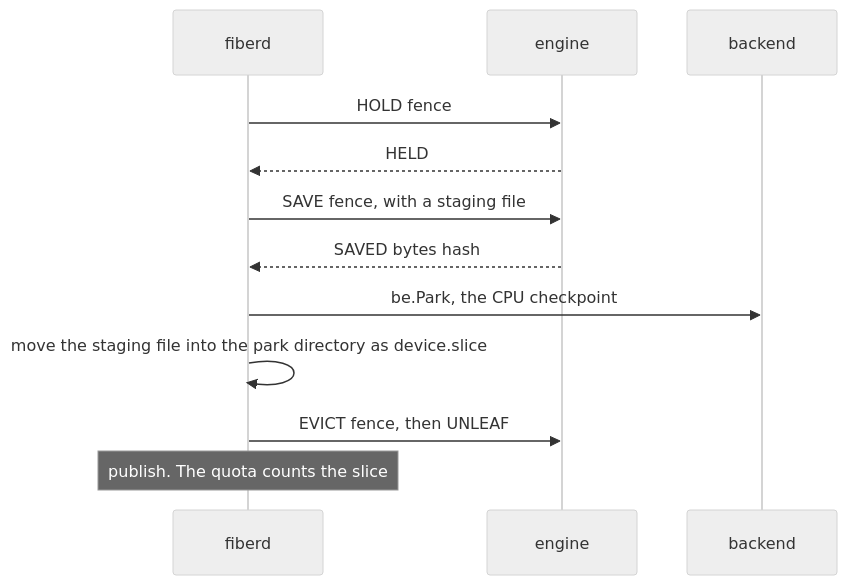
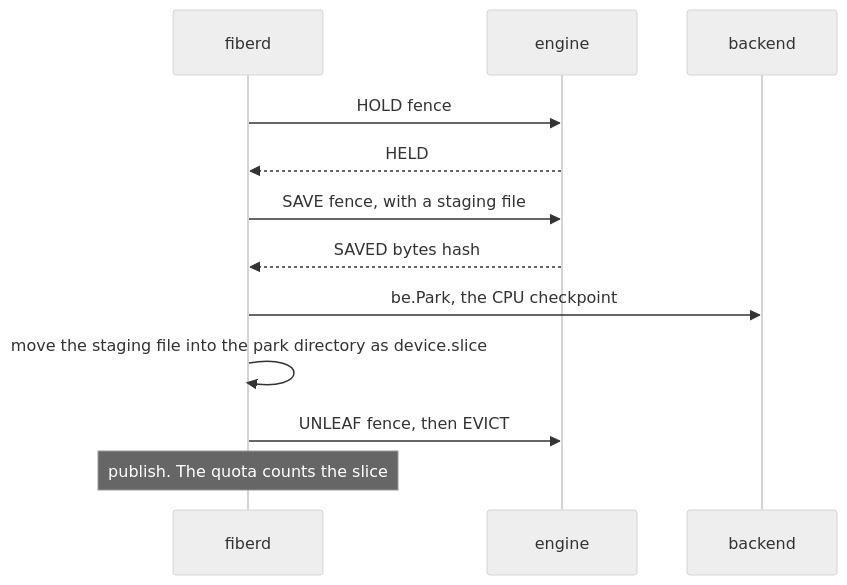
One commit to helayoty/fiberd changed the third of 7 diagrams in docs/proposals/gpu-poc.md. Above: the diagram before and after it, drawn with Mermaid (neutral theme). The commit also changed other lines of this file and 20 other files, not shown here.

````diff
--- a/docs/proposals/gpu-poc.md
+++ b/docs/proposals/gpu-poc.md
@@ -145,14 +146,14 @@
 ```mermaid
 sequenceDiagram
   participant H as fiberd
   participant E as engine
   participant K as backend
   H->>E: HOLD fence
   E-->>H: HELD
   H->>E: SAVE fence, with a staging file
   E-->>H: SAVED bytes hash
   H->>K: be.Park, the CPU checkpoint
   H->>H: move the staging file into the park directory as device.slice
-  H->>E: EVICT fence, then UNLEAF
+  H->>E: UNLEAF fence, then EVICT
   Note over H: publish. The quota counts the slice
 ```
````
